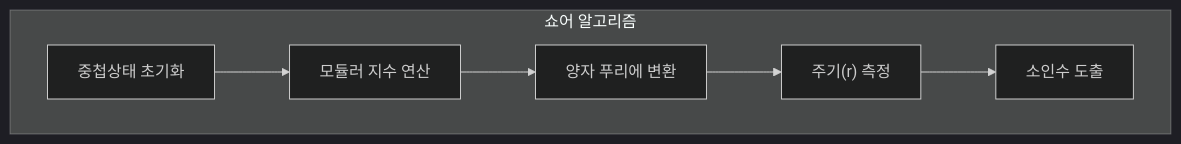
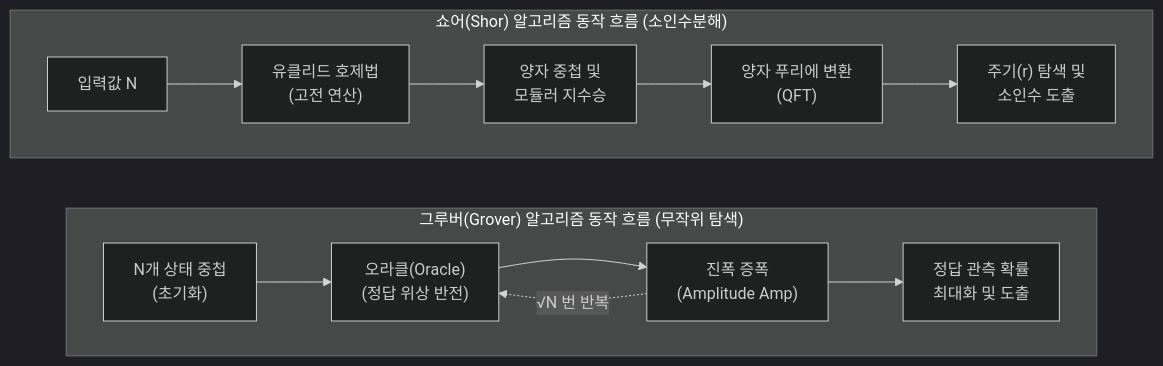
One commit to supremethumb/supremethumb.github.io changed the diagram in content/02_IT_Tech/쇼어 & 그루버 알고리즘.md. Above: the diagram before and after it, drawn with Mermaid (dark theme). The commit also changed other lines of this file and 1970 other files, not shown here.

First line of the commit message:
feat(content): restructure 02_IT_Tech with 10 domain MOCs, wikilinks, related topics, and fix all mermaid syntax errors

````diff
--- a/content/02_IT_Tech/쇼어 & 그루버 알고리즘.md
+++ b/content/02_IT_Tech/쇼어 & 그루버 알고리즘.md
@@ -29,9 +27,22 @@
 ```mermaid
-graph TD
-    subgraph "쇼어 알고리즘"
-        S1["중첩상태 초기화"] --> S2["모듈러 지수 연산"]
-        S2 --> S3["양자 푸리에 변환"]
-        S3 --> S4["주기(r) 측정"]
-        S4 --> S5["소인수 도출"]
+flowchart TD
+    subgraph Shor["쇼어(Shor) 알고리즘 동작 흐름 (소인수분해)"]
+        direction LR
+        S1["입력값 N"] --> S2["유클리드 호제법<br/>(고전 연산)"]
+        S2 --> S3["양자 중첩 및<br/>모듈러 지수승"]
+        S3 --> S4["양자 푸리에 변환<br/>(QFT)"]
+        S4 --> S5["주기(r) 탐색 및<br/>소인수 도출"]
     end
+
+    subgraph Grover["그루버(Grover) 알고리즘 동작 흐름 (무작위 탐색)"]
+        direction LR
+        G1["N개 상태 중첩<br/>(초기화)"] --> G2["오라클(Oracle)<br/>(정답 위상 반전)"]
+        G2 --> G3["진폭 증폭<br/>(Amplitude Amp)"]
+        G3 --> G4["정답 관측 확률<br/>최대화 및 도출"]
+        
+        G3 -. "√N 번 반복" .-> G2
+    end
+    
+    Shor ~~~ Grover
+
 ```
````
